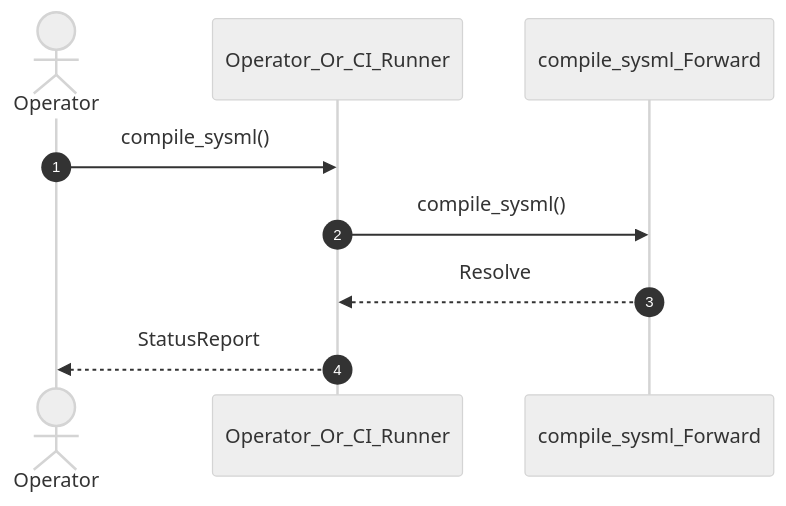
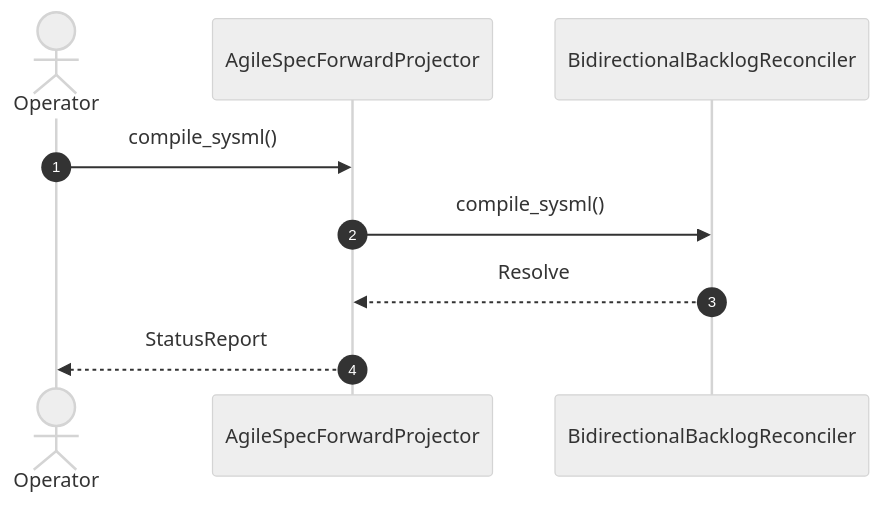
One commit to gintatkinson/DEAP01-spec-core changed the diagram in .pipeline/upstream/docs/user-stories/US-26-compile_sysml.md. Above: the diagram before and after it, drawn with Mermaid (neutral theme). The commit also changed other lines of this file and 179 other files, not shown here.

Commit message:
fix(compiler): remediate upstream specification forward projection, diagram synthesis, and GitHub blob URL resolution

````diff
--- a/.pipeline/upstream/docs/user-stories/US-26-compile_sysml.md
+++ b/.pipeline/upstream/docs/user-stories/US-26-compile_sysml.md
@@ -16,11 +16,11 @@
 ```mermaid
 sequenceDiagram
     autonumber
     actor Operator
-    participant Operator_Or_CI_Runner
-    participant compile_sysml_Forward
-    Operator->>Operator_Or_CI_Runner: compile_sysml()
-    Operator_Or_CI_Runner->>compile_sysml_Forward: compile_sysml()
-    compile_sysml_Forward-->>Operator_Or_CI_Runner: Resolve
-    Operator_Or_CI_Runner-->>Operator: StatusReport
+    participant AgileSpecForwardProjector
+    participant BidirectionalBacklogReconciler
+    Operator->>AgileSpecForwardProjector: compile_sysml()
+    AgileSpecForwardProjector->>BidirectionalBacklogReconciler: compile_sysml()
+    BidirectionalBacklogReconciler-->>AgileSpecForwardProjector: Resolve
+    AgileSpecForwardProjector-->>Operator: StatusReport
 ```
````
